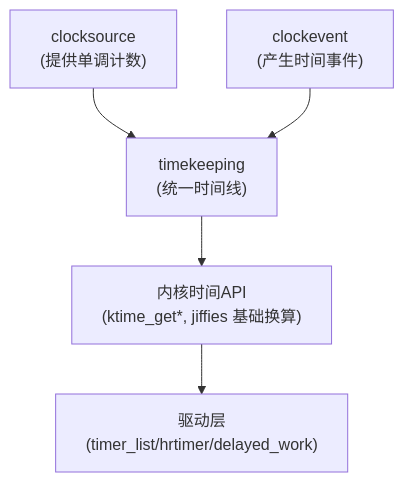
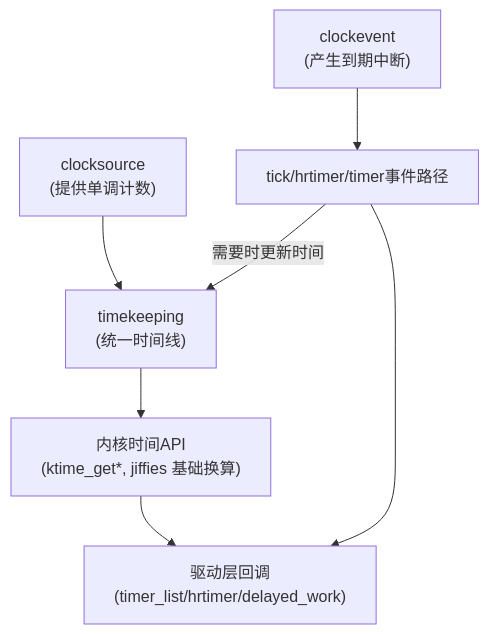
One commit to FormingSystem/linux_note changed the second of 3 diagrams in knowledge/linux/synchronization_and_asynchrony/asynchrony/timers/P02_Linux_时间基础与_timekeeping_框架速览.md. Above: the diagram before and after it, drawn with Mermaid. The commit also changed other lines of this file and 3 other files, not shown here.

````diff
--- a/knowledge/linux/synchronization_and_asynchrony/asynchrony/timers/P02_Linux_时间基础与_timekeeping_框架速览.md
+++ b/knowledge/linux/synchronization_and_asynchrony/asynchrony/timers/P02_Linux_时间基础与_timekeeping_框架速览.md
@@ -148,7 +150,9 @@
 ```mermaid
 flowchart TB
     CS["clocksource<br/>(提供单调计数)"] --> TK["timekeeping<br/>(统一时间线)"]
-    CE["clockevent<br/>(产生时间事件)"] --> TK
+    CE["clockevent<br/>(产生到期中断)"] --> EV["tick/hrtimer/timer事件路径"]
+    EV -->|"需要时更新时间"| TK
     TK --> API["内核时间API<br/>(ktime_get*, jiffies 基础换算)"]
-    API --> DRV["驱动层<br/>(timer_list/hrtimer/delayed_work)"]
+    EV --> DRV["驱动层回调<br/>(timer_list/hrtimer/delayed_work)"]
+    API --> DRV
 ```
````
